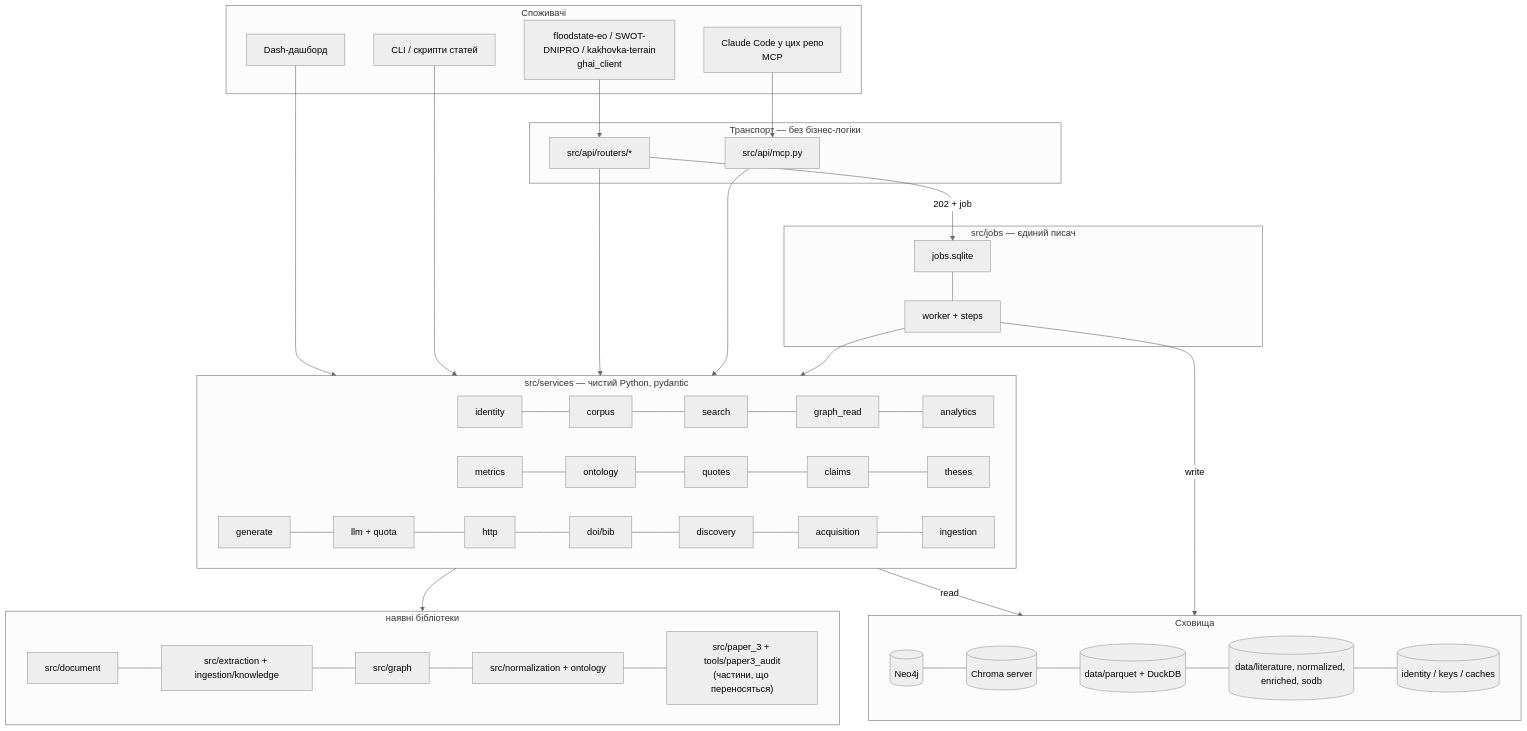
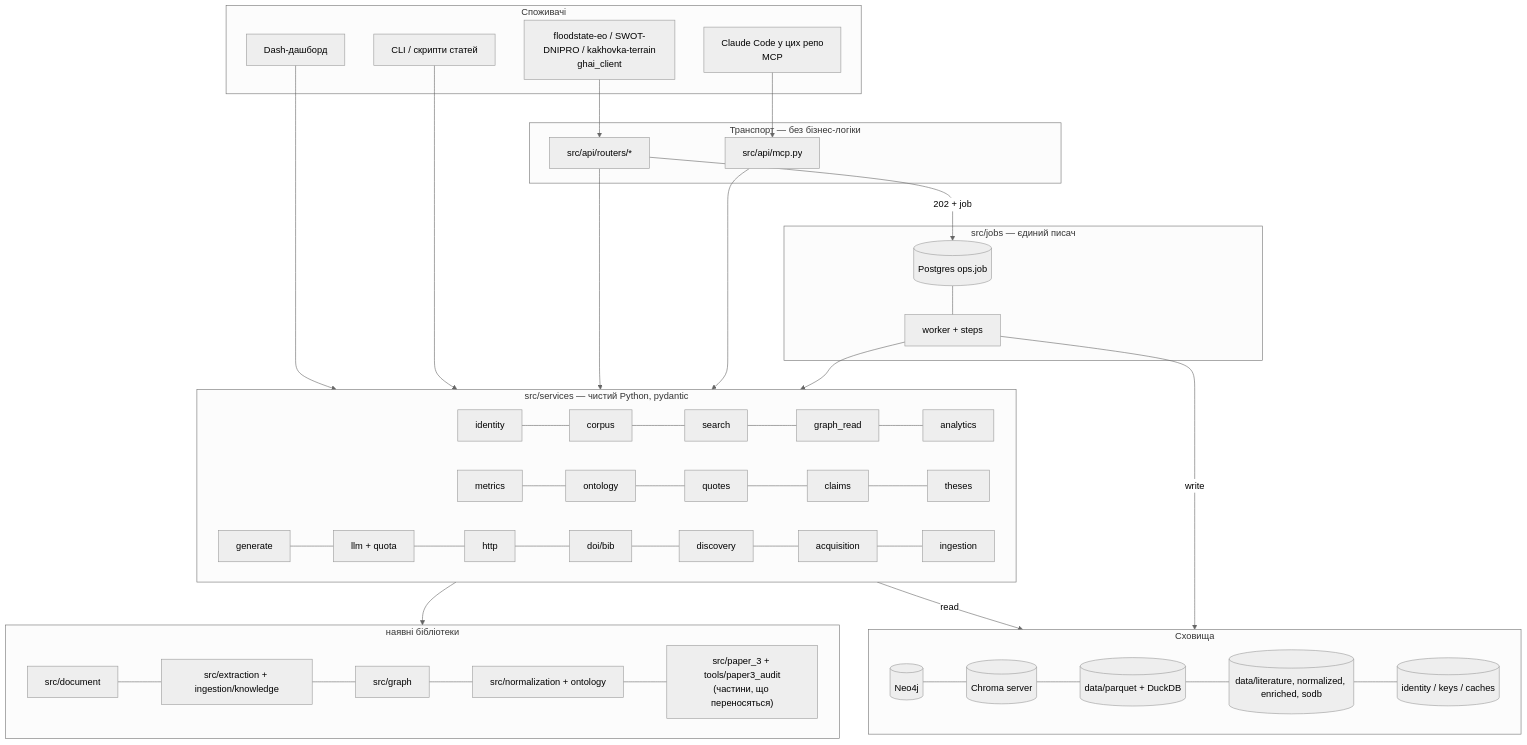
Before and after one commit to NikoriakViktot/geohydroai-knowledge-graph: the diagram in API_PLAN_v1/04_ARCHITECTURE.md, drawn with Mermaid (neutral theme). The commit also changed other lines of this file and 5 other files, not shown here.

````diff
--- a/API_PLAN_v1/04_ARCHITECTURE.md
+++ b/API_PLAN_v1/04_ARCHITECTURE.md
@@ -82,38 +82,38 @@
 ```mermaid
 flowchart TB
   subgraph Consumers[Споживачі]
     FE[floodstate-eo / SWOT-DNIPRO / kakhovka-terrain<br/>ghai_client]
     CC[Claude Code у цих репо<br/>MCP]
     DASH[Dash-дашборд]
     CLI[CLI / скрипти статей]
   end
   subgraph Transport[Транспорт — без бізнес-логіки]
     REST[src/api/routers/*]
     MCP[src/api/mcp.py]
   end
   subgraph Services[src/services — чистий Python, pydantic]
     ID[identity] --- CORP[corpus] --- SRCH[search] --- GR[graph_read] --- AN[analytics]
     MET[metrics] --- ONT[ontology] --- Q[quotes] --- CL[claims] --- TH[theses]
     GEN[generate] --- LLM[llm + quota] --- HTTP[http] --- DOI[doi/bib] --- DISC[discovery] --- ACQ[acquisition] --- ING[ingestion]
   end
   subgraph Jobs[src/jobs — єдиний писач]
-    STORE[jobs.sqlite] --- WORKER[worker + steps]
+    STORE[(Postgres ops.job)] --- WORKER[worker + steps]
   end
   subgraph Domain[наявні бібліотеки]
     DOC[src/document] --- EXT[src/extraction + ingestion/knowledge] --- GRAPH[src/graph] --- NORM[src/normalization + ontology] --- P3["src/paper_3 + tools/paper3_audit<br/>(частини, що переносяться)"]
   end
   subgraph Stores[Сховища]
     NEO[(Neo4j)] --- CHR[(Chroma server)] --- PQ[(data/parquet + DuckDB)] --- FILES[(data/literature, normalized, enriched, sodb)] --- SQL[(identity / keys / caches)]
   end
   FE --> REST
   CC --> MCP
   DASH --> Services
   CLI --> Services
   REST --> Services
   MCP --> Services
   REST -->|202 + job| STORE
   WORKER --> Services
   Services --> Domain
   Services -->|read| Stores
   WORKER -->|write| Stores
 ```
````
